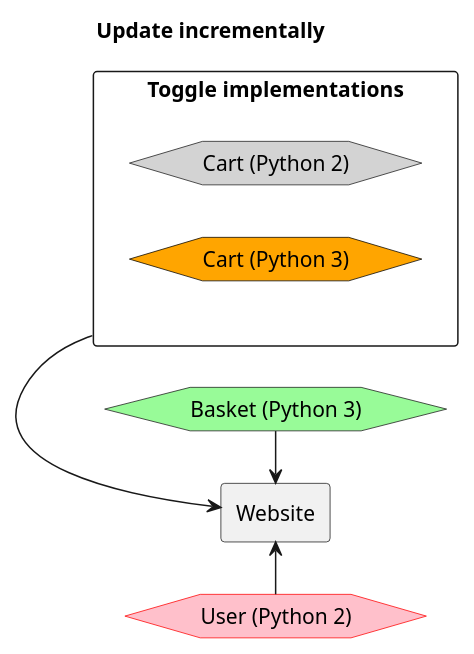
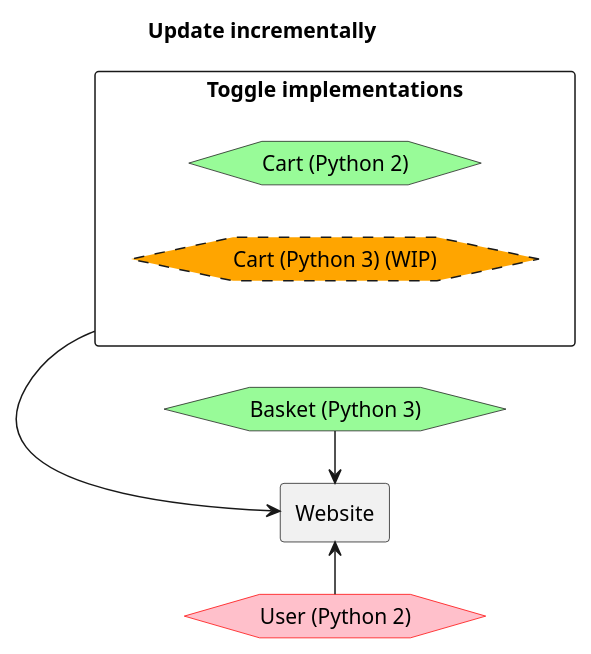
The sixth of 8 diagrams in BuildingMicroservices2nd/01.adoc (grierson/books), drawn with PlantUML before and after one commit. The commit also changed other lines of this file and 1 other file, not shown here.

```diff
--- a/BuildingMicroservices2nd/01.adoc
+++ b/BuildingMicroservices2nd/01.adoc
@@ -152,20 +151,20 @@
 [plantuml]
 ----
 @startuml
 title Update incrementally
 
 left to right direction
 
 hexagon s1 as "User (Python 2)" #pink;line:red
 rectangle replacement as "Toggle implementations" {
-    hexagon s2 as "Cart (Python 2)" #lightgrey
-    hexagon s2n as "Cart (Python 3)" #orange;line:black;
+    hexagon s2 as "Cart (Python 2)" #palegreen
+    hexagon s2n as "Cart (Python 3) (WIP)" #orange;line.dashed;
 }
 hexagon s3 as "Basket (Python 3)" #palegreen
 agent Website
 
 Website <-r- s1
 Website <- replacement
 Website <-l- s3
 @enduml
 ----
```
